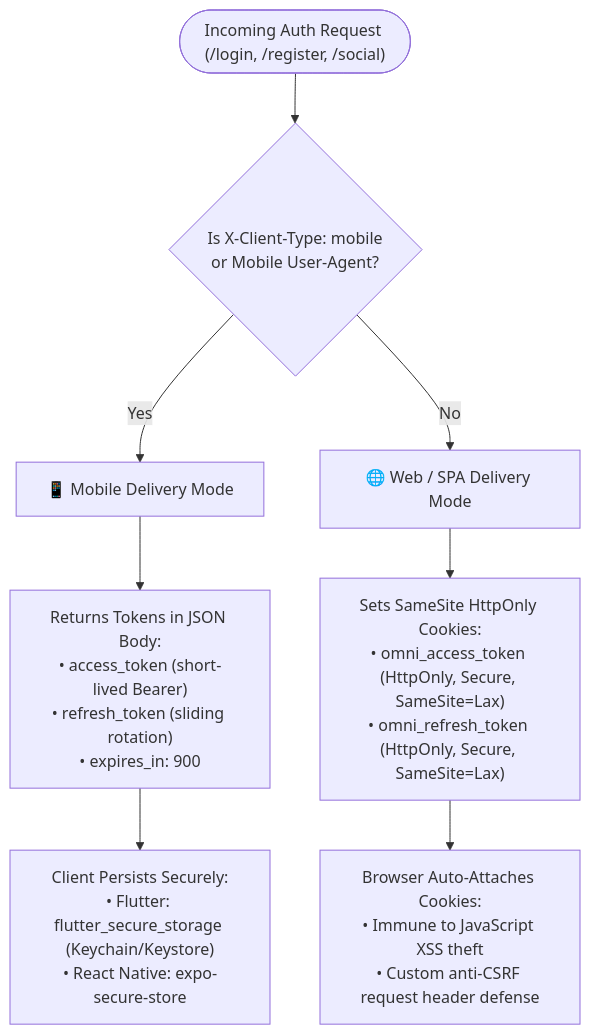
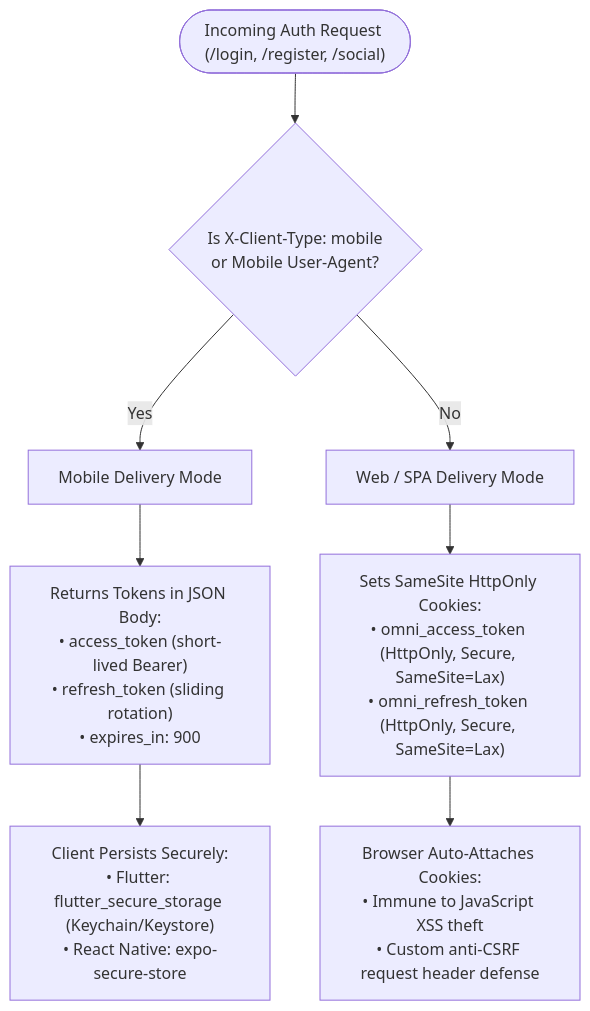
One commit to kaziomarsh24/laravel-omni-auth changed the diagram in docs/src/content/docs/architecture/dual-mode-tokens.md. Above: the diagram before and after it, drawn with Mermaid. The commit also changed other lines of this file and 10 other files, not shown here.

````diff
--- a/docs/src/content/docs/architecture/dual-mode-tokens.md
+++ b/docs/src/content/docs/architecture/dual-mode-tokens.md
@@ -19,13 +19,13 @@
 ```mermaid
 flowchart TD
     Start(["Incoming Auth Request (/login, /register, /social)"]) --> Detect{"Is X-Client-Type: mobile<br/>or Mobile User-Agent?"}
 
-    Detect -- Yes --> Mobile["📱 Mobile Delivery Mode"]
-    Detect -- No --> Web["🌐 Web / SPA Delivery Mode"]
+    Detect -- Yes --> Mobile["Mobile Delivery Mode"]
+    Detect -- No --> Web["Web / SPA Delivery Mode"]
 
     Mobile --> MobileJSON["Returns Tokens in JSON Body:<br/>• access_token (short-lived Bearer)<br/>• refresh_token (sliding rotation)<br/>• expires_in: 900"]
     MobileJSON --> MobileStore["Client Persists Securely:<br/>• Flutter: flutter_secure_storage (Keychain/Keystore)<br/>• React Native: expo-secure-store"]
 
     Web --> WebCookies["Sets SameSite HttpOnly Cookies:<br/>• omni_access_token (HttpOnly, Secure, SameSite=Lax)<br/>• omni_refresh_token (HttpOnly, Secure, SameSite=Lax)"]
     WebCookies --> WebAuto["Browser Auto-Attaches Cookies:<br/>• Immune to JavaScript XSS theft<br/>• Custom anti-CSRF request header defense"]
 ```
````
